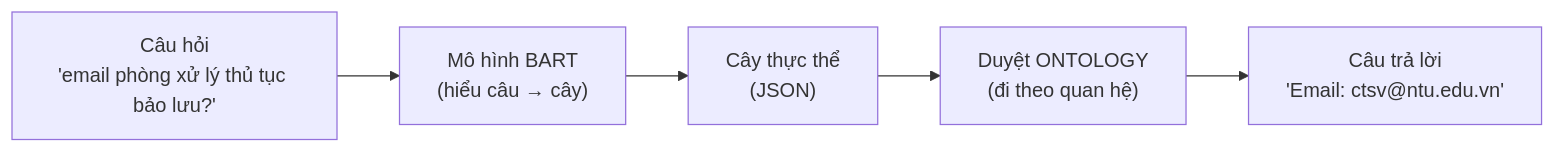
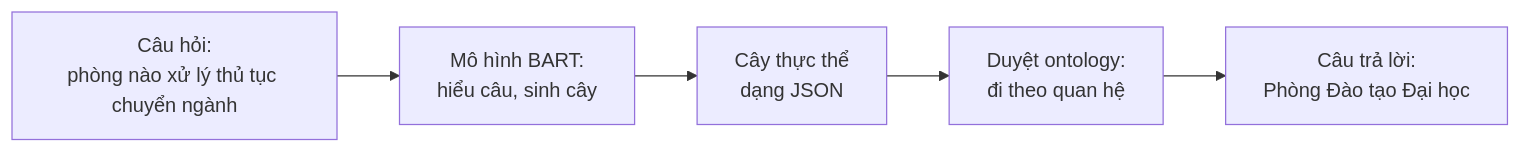
The first of 10 diagrams in docs/CONCEPT.md (vpthinh19/ontology-chatbot), drawn with Mermaid before and after one commit. The commit also changed other lines of this file, not shown here.

````diff
--- a/docs/CONCEPT.md
+++ b/docs/CONCEPT.md
@@ -40,7 +41,7 @@
 ```mermaid
 flowchart LR
-    Q["Câu hỏi<br/>'email phòng xử lý thủ tục bảo lưu?'"] --> M["Mô hình BART<br/>(hiểu câu → cây)"]
-    M --> T["Cây thực thể<br/>(JSON)"]
-    T --> O["Duyệt ONTOLOGY<br/>(đi theo quan hệ)"]
-    O --> A["Câu trả lời<br/>'Email: ctsv@ntu.edu.vn'"]
+    Q["Câu hỏi:<br/>phòng nào xử lý thủ tục chuyển ngành"] --> M["Mô hình BART:<br/>hiểu câu, sinh cây"]
+    M --> T["Cây thực thể<br/>dạng JSON"]
+    T --> O["Duyệt ontology:<br/>đi theo quan hệ"]
+    O --> A["Câu trả lời:<br/>Phòng Đào tạo Đại học"]
 ```
````
